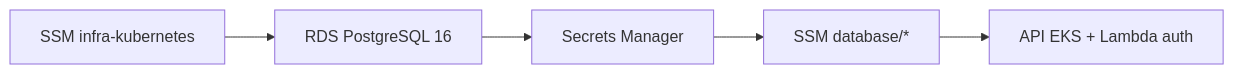
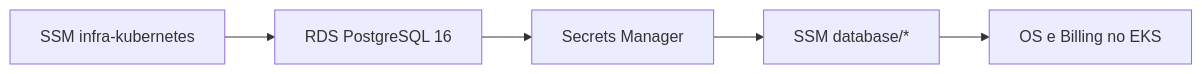
Before and after one commit to 7feeh7/tech-challenge-infra-database: the first of 2 diagrams in README.md, drawn with Mermaid. The commit also changed other lines of this file and 13 other files, not shown here.

````diff
--- a/README.md
+++ b/README.md
@@ -14,7 +14,7 @@
 ```mermaid
 flowchart LR
     SSM_IN[SSM infra-kubernetes] --> RDS[RDS PostgreSQL 16]
     RDS --> SM[Secrets Manager]
     SM --> SSM_OUT[SSM database/*]
-    SSM_OUT --> API[API EKS + Lambda auth]
+    SSM_OUT --> API[OS e Billing no EKS]
 ```
````
